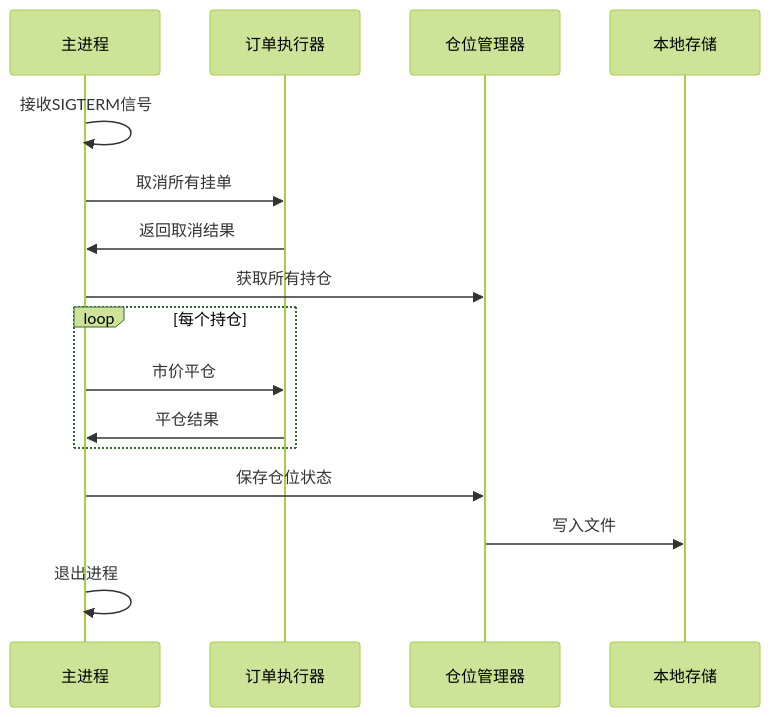
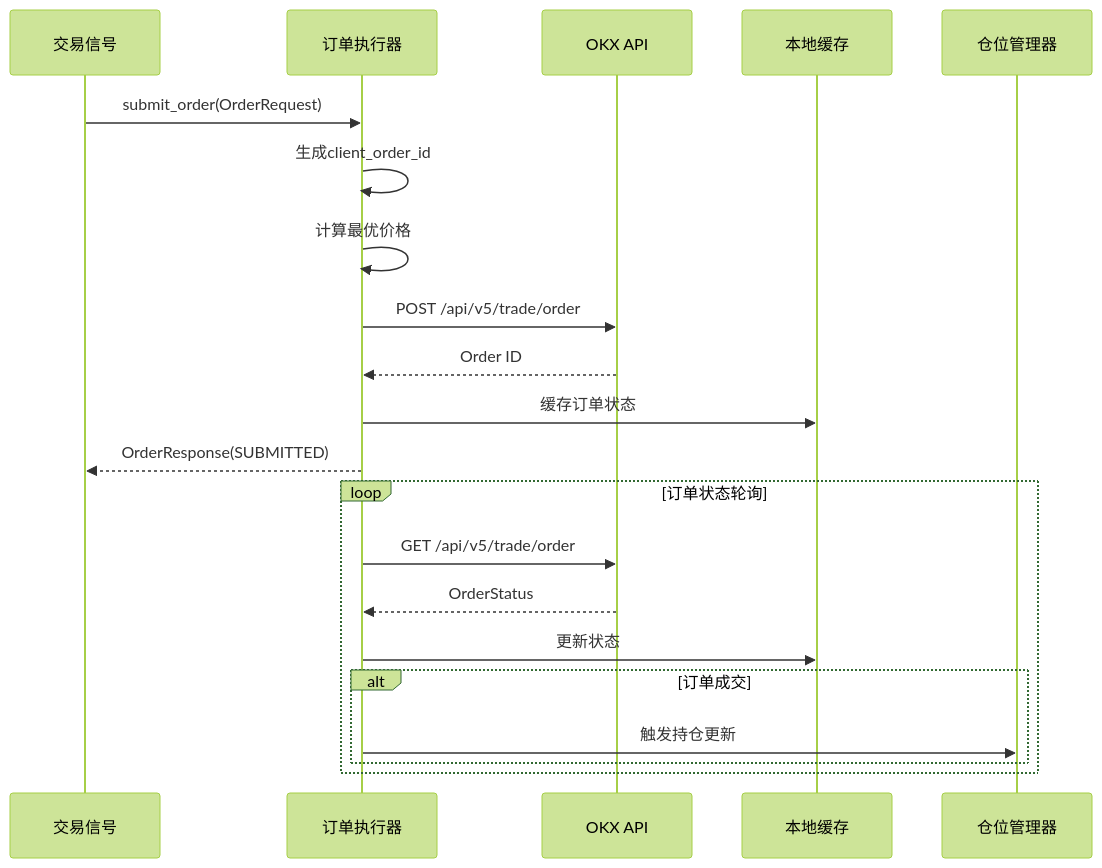
Before and after one commit to DarwinHo/crypto-trend-trading: the sixth of 7 diagrams in .monkeycode/specs/crypto-trend-trading-system/design.md, drawn with Mermaid (forest theme). The commit also changed other lines of this file, not shown here.

````diff
--- a/.monkeycode/specs/crypto-trend-trading-system/design.md
+++ b/.monkeycode/specs/crypto-trend-trading-system/design.md
@@ -309,19 +522,25 @@
 ```mermaid
 sequenceDiagram
-    participant Main as 主进程
+    participant Signal as 交易信号
     participant OE as 订单执行器
+    participant OKX as OKX API
+    participant Cache as 本地缓存
     participant PM as 仓位管理器
-    participant Storage as 本地存储
     
-    Main->>Main: 接收SIGTERM信号
-    Main->>OE: 取消所有挂单
-    OE->>Main: 返回取消结果
-    Main->>PM: 获取所有持仓
-    loop 每个持仓
-        Main->>OE: 市价平仓
-        OE->>Main: 平仓结果
+    Signal->>OE: submit_order(OrderRequest)
+    OE->>OE: 生成client_order_id
+    OE->>OE: 计算最优价格
+    OE->>OKX: POST /api/v5/trade/order
+    OKX-->>OE: Order ID
+    OE->>Cache: 缓存订单状态
+    OE-->>Signal: OrderResponse(SUBMITTED)
+    
+    loop 订单状态轮询
+        OE->>OKX: GET /api/v5/trade/order
+        OKX-->>OE: OrderStatus
+        OE->>Cache: 更新状态
+        alt 订单成交
+            OE->>PM: 触发持仓更新
+        end
     end
-    Main->>PM: 保存仓位状态
-    PM->>Storage: 写入文件
-    Main->>Main: 退出进程
 ```
````
